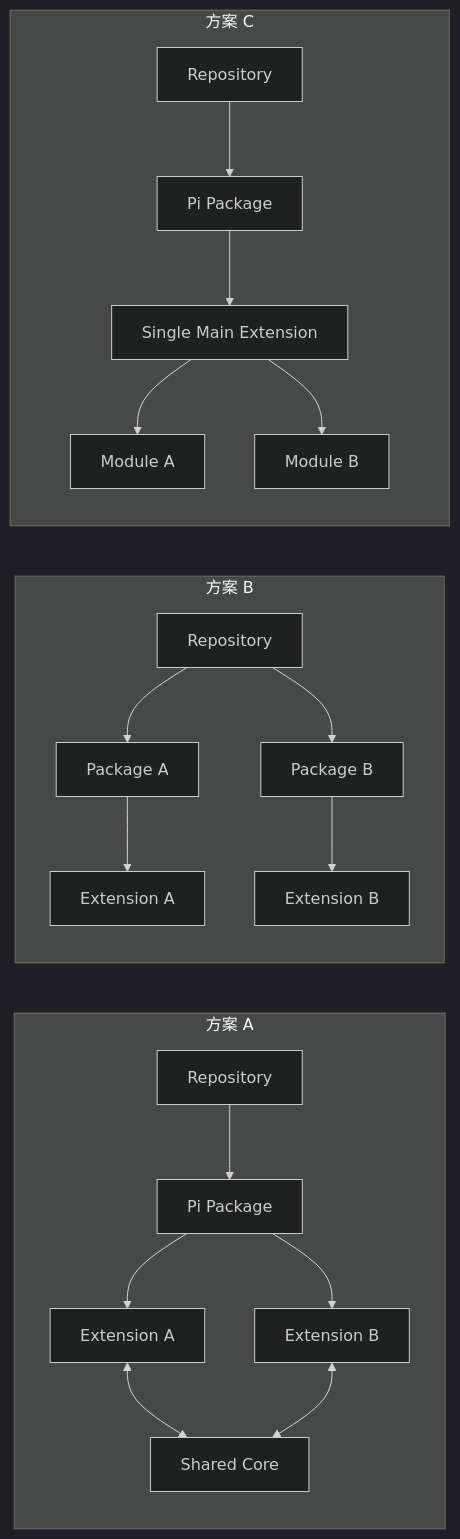
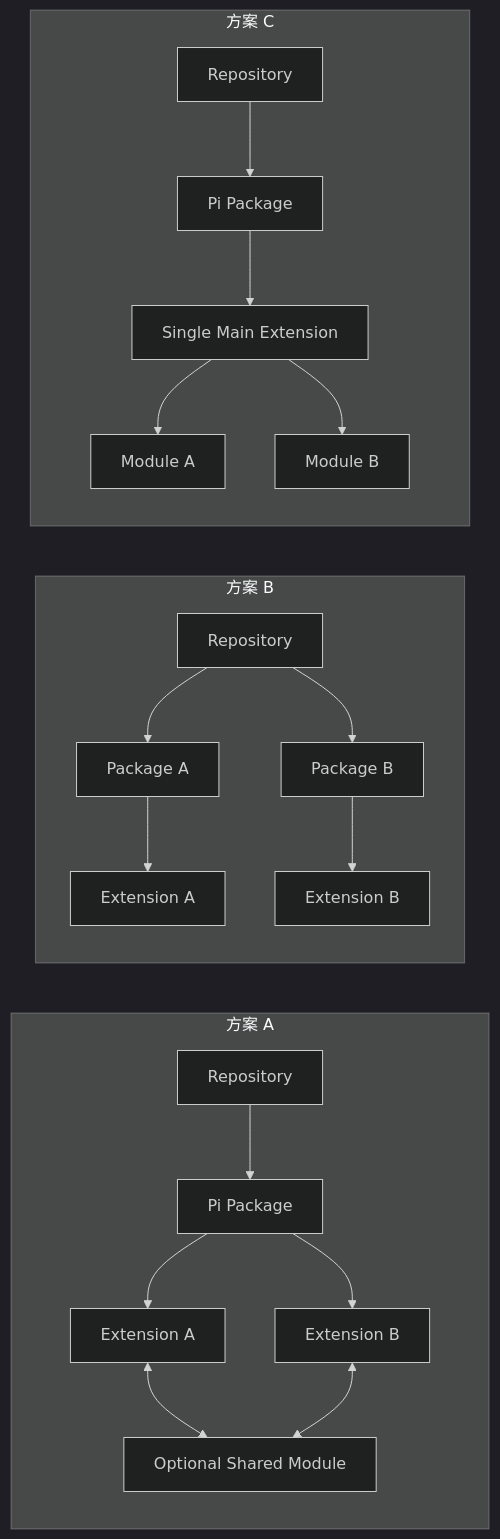
Before and after one commit to ZHOUKAILIAN/my-pi-extension: the second of 4 diagrams in docs/00-repository-organization/technical-design.md, drawn with Mermaid (dark theme). The commit also changed other lines of this file and 13 other files, not shown here.

````diff
--- a/docs/00-repository-organization/technical-design.md
+++ b/docs/00-repository-organization/technical-design.md
@@ -57,24 +57,24 @@
 ```mermaid
 flowchart LR
     subgraph optionA[方案 A]
         ARepo[Repository] --> APkg[Pi Package]
         APkg --> A1[Extension A]
         APkg --> A2[Extension B]
-        A1 <--> ACore[Shared Core]
-        A2 <--> ACore
+        A1 <--> AShared[Optional Shared Module]
+        A2 <--> AShared
     end
 
     subgraph optionB[方案 B]
         BRepo[Repository] --> BPkg1[Package A]
         BRepo --> BPkg2[Package B]
         BPkg1 --> B1[Extension A]
         BPkg2 --> B2[Extension B]
     end
 
     subgraph optionC[方案 C]
         CRepo[Repository] --> CPkg[Pi Package]
         CPkg --> C1[Single Main Extension]
         C1 --> CModuleA[Module A]
         C1 --> CModuleB[Module B]
     end
 ```
````
